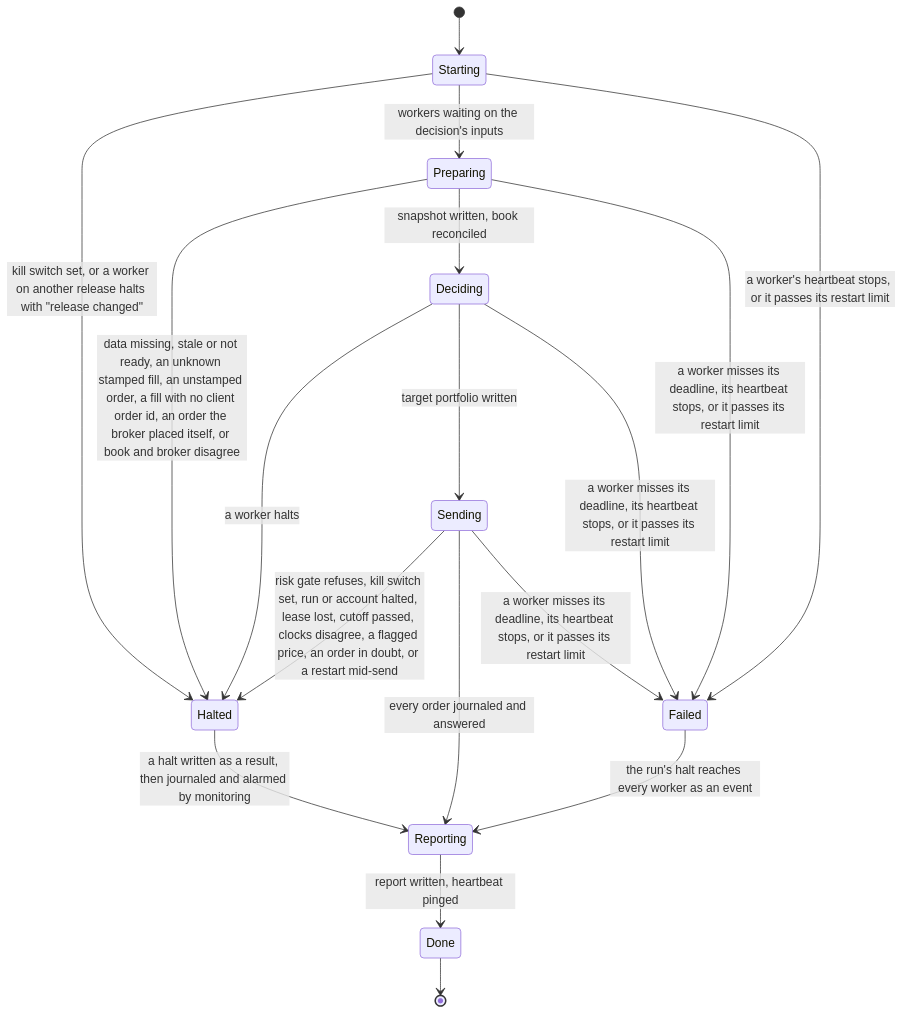
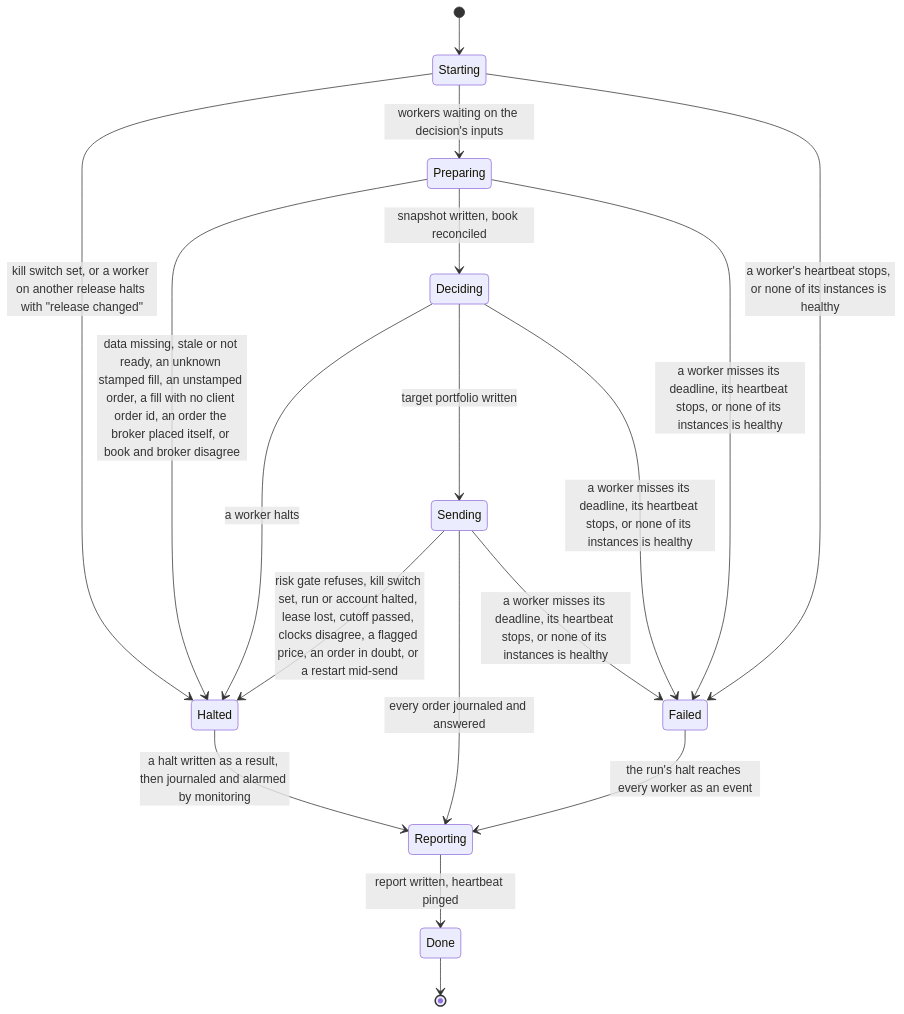
One commit to l3a0/ithildin-runtime changed diagram 13 of 16 in docs/architecture.md. Above: the diagram before and after it, drawn with Mermaid. The commit also changed other lines of this file and 2 other files, not shown here.

````diff
--- a/docs/architecture.md
+++ b/docs/architecture.md
@@ -1727,20 +1727,20 @@
 ```mermaid
 stateDiagram-v2
     [*] --> Starting
     Starting --> Halted: kill switch set, or a worker on another release halts with "release changed"
     Starting --> Preparing: workers waiting on the decision's inputs
     Preparing --> Halted: data missing, stale or not ready, an unknown stamped fill, an unstamped order, a fill with no client order id, an order the broker placed itself, or book and broker disagree
     Preparing --> Deciding: snapshot written, book reconciled
     Deciding --> Halted: a worker halts
     Deciding --> Sending: target portfolio written
     Sending --> Halted: risk gate refuses, kill switch set, run or account halted, lease lost, cutoff passed, clocks disagree, a flagged price, an order in doubt, or a restart mid-send
     Sending --> Reporting: every order journaled and answered
     Halted --> Reporting: a halt written as a result, then journaled and alarmed by monitoring
     Reporting --> Done: report written, heartbeat pinged
     Done --> [*]
-    Starting --> Failed: a worker's heartbeat stops, or it passes its restart limit
-    Preparing --> Failed: a worker misses its deadline, its heartbeat stops, or it passes its restart limit
-    Deciding --> Failed: a worker misses its deadline, its heartbeat stops, or it passes its restart limit
-    Sending --> Failed: a worker misses its deadline, its heartbeat stops, or it passes its restart limit
+    Starting --> Failed: a worker's heartbeat stops, or none of its instances is healthy
+    Preparing --> Failed: a worker misses its deadline, its heartbeat stops, or none of its instances is healthy
+    Deciding --> Failed: a worker misses its deadline, its heartbeat stops, or none of its instances is healthy
+    Sending --> Failed: a worker misses its deadline, its heartbeat stops, or none of its instances is healthy
     Failed --> Reporting: the run's halt reaches every worker as an event
 ```
````
